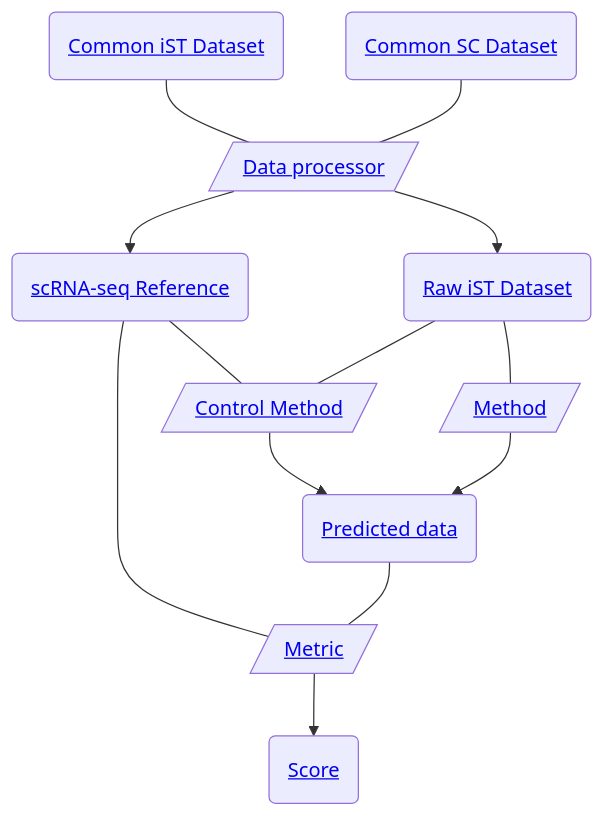
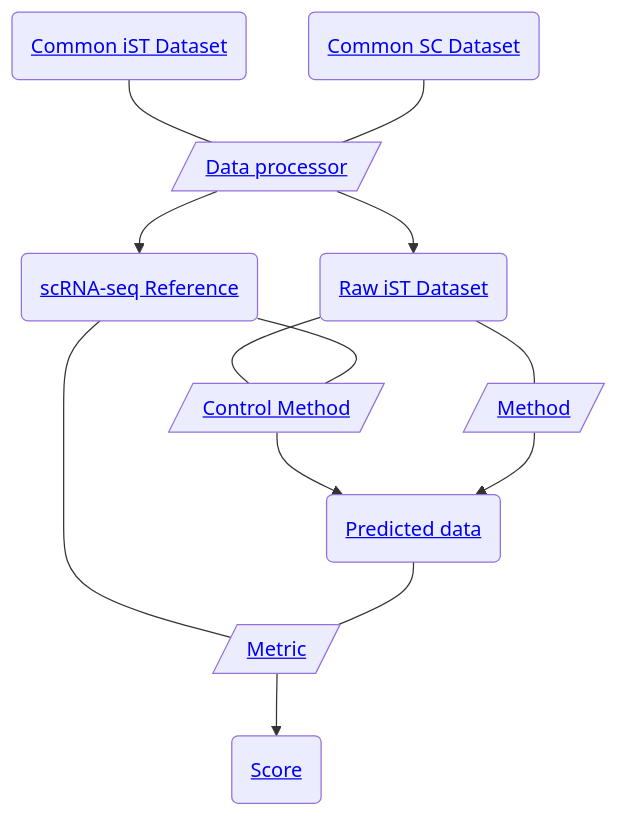
One commit to openproblems-bio/task_spatial_segmentation changed the diagram in README.md. Above: the diagram before and after it, drawn with Mermaid. The commit also changed other lines of this file, not shown here.

````diff
--- a/README.md
+++ b/README.md
@@ -37,25 +37,25 @@
 ``` mermaid
 flowchart TB
   file_common_ist("<a href='https://github.com/openproblems-bio/task_template#file-format-common-ist-dataset'>Common iST Dataset</a>")
   comp_data_processor[/"<a href='https://github.com/openproblems-bio/task_template#component-type-data-processor'>Data processor</a>"/]
+  file_spatial_dataset("<a href='https://github.com/openproblems-bio/task_template#file-format-raw-ist-dataset'>Raw iST Dataset</a>")
   file_scrnaseq_reference("<a href='https://github.com/openproblems-bio/task_template#file-format-scrna-seq-reference'>scRNA-seq Reference</a>")
-  file_spatial_dataset("<a href='https://github.com/openproblems-bio/task_template#file-format-raw-ist-dataset'>Raw iST Dataset</a>")
   comp_control_method[/"<a href='https://github.com/openproblems-bio/task_template#component-type-control-method'>Control Method</a>"/]
+  comp_method[/"<a href='https://github.com/openproblems-bio/task_template#component-type-method'>Method</a>"/]
   comp_metric[/"<a href='https://github.com/openproblems-bio/task_template#component-type-metric'>Metric</a>"/]
-  comp_method[/"<a href='https://github.com/openproblems-bio/task_template#component-type-method'>Method</a>"/]
   file_prediction("<a href='https://github.com/openproblems-bio/task_template#file-format-predicted-data'>Predicted data</a>")
   file_score("<a href='https://github.com/openproblems-bio/task_template#file-format-score'>Score</a>")
   file_common_scrnaseq("<a href='https://github.com/openproblems-bio/task_template#file-format-common-sc-dataset'>Common SC Dataset</a>")
   file_common_ist---comp_data_processor
+  comp_data_processor-->file_spatial_dataset
   comp_data_processor-->file_scrnaseq_reference
-  comp_data_processor-->file_spatial_dataset
+  file_spatial_dataset---comp_control_method
+  file_spatial_dataset---comp_method
   file_scrnaseq_reference---comp_control_method
   file_scrnaseq_reference---comp_metric
-  file_spatial_dataset---comp_control_method
-  file_spatial_dataset---comp_method
   comp_control_method-->file_prediction
+  comp_method-->file_prediction
   comp_metric-->file_score
-  comp_method-->file_prediction
   file_prediction---comp_metric
   file_common_scrnaseq---comp_data_processor
 ```
````
